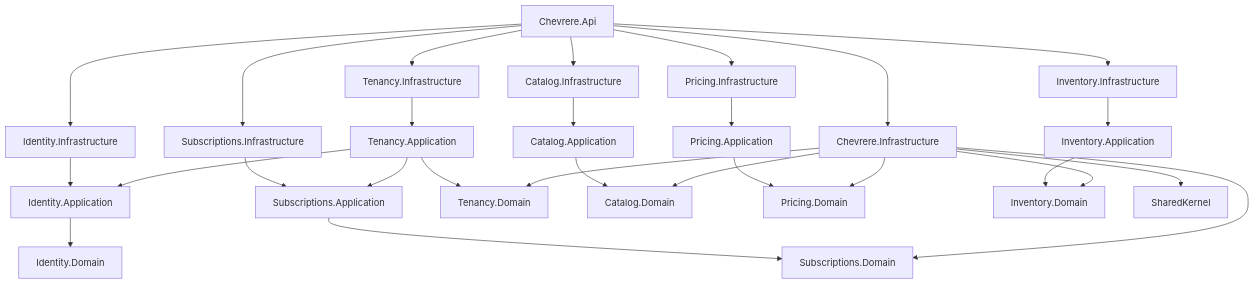
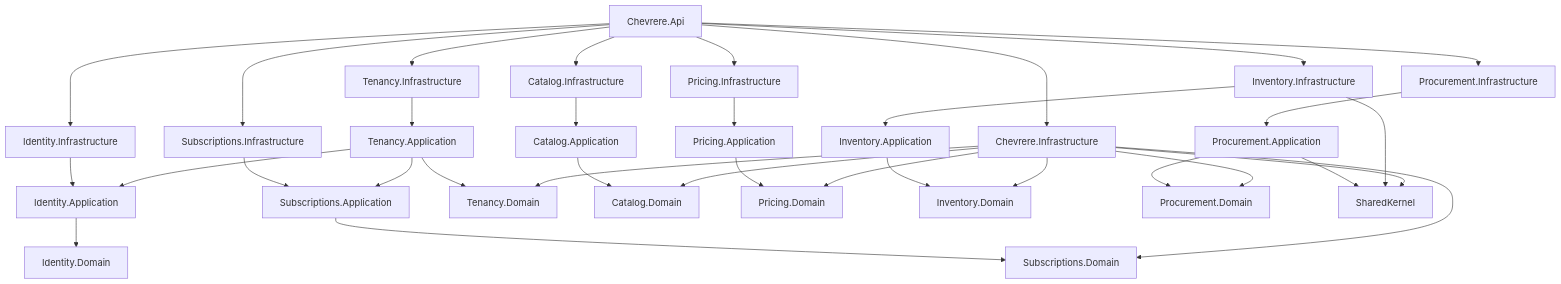
The diagram in docs/architecture.md (adolfojinete/Chevrere), drawn with Mermaid before and after one commit. The commit also changed other lines of this file and 63 other files, not shown here.

````diff
--- a/docs/architecture.md
+++ b/docs/architecture.md
@@ -121,34 +134,41 @@
 ```mermaid
 flowchart TD
     Api[Chevrere.Api] --> IdentityInfra[Identity.Infrastructure]
     Api --> TenancyInfra[Tenancy.Infrastructure]
     Api --> SubsInfra[Subscriptions.Infrastructure]
     Api --> CatalogInfra[Catalog.Infrastructure]
     Api --> PricingInfra[Pricing.Infrastructure]
     Api --> InventoryInfra[Inventory.Infrastructure]
+    Api --> ProcInfra[Procurement.Infrastructure]
     Api --> SharedInfra[Chevrere.Infrastructure]
 
     IdentityInfra --> IdentityApp[Identity.Application]
     TenancyInfra --> TenancyApp[Tenancy.Application]
     SubsInfra --> SubsApp[Subscriptions.Application]
     CatalogInfra --> CatalogApp[Catalog.Application]
     PricingInfra --> PricingApp[Pricing.Application]
     InventoryInfra --> InventoryApp[Inventory.Application]
+    ProcInfra --> ProcApp[Procurement.Application]
 
     TenancyApp --> IdentityApp
     TenancyApp --> SubsApp
 
     IdentityApp --> IdentityDomain[Identity.Domain]
     TenancyApp --> TenancyDomain[Tenancy.Domain]
     SubsApp --> SubsDomain[Subscriptions.Domain]
     CatalogApp --> CatalogDomain[Catalog.Domain]
     PricingApp --> PricingDomain[Pricing.Domain]
     InventoryApp --> InventoryDomain[Inventory.Domain]
+    ProcApp --> ProcDomain[Procurement.Domain]
+
+    ProcApp --> SharedKernel[SharedKernel]
+    InventoryInfra --> SharedKernel
 
     SharedInfra --> CatalogDomain
     SharedInfra --> PricingDomain
     SharedInfra --> InventoryDomain
+    SharedInfra --> ProcDomain
     SharedInfra --> TenancyDomain
     SharedInfra --> SubsDomain
-    SharedInfra --> SharedKernel[SharedKernel]
+    SharedInfra --> SharedKernel
 ```
````
